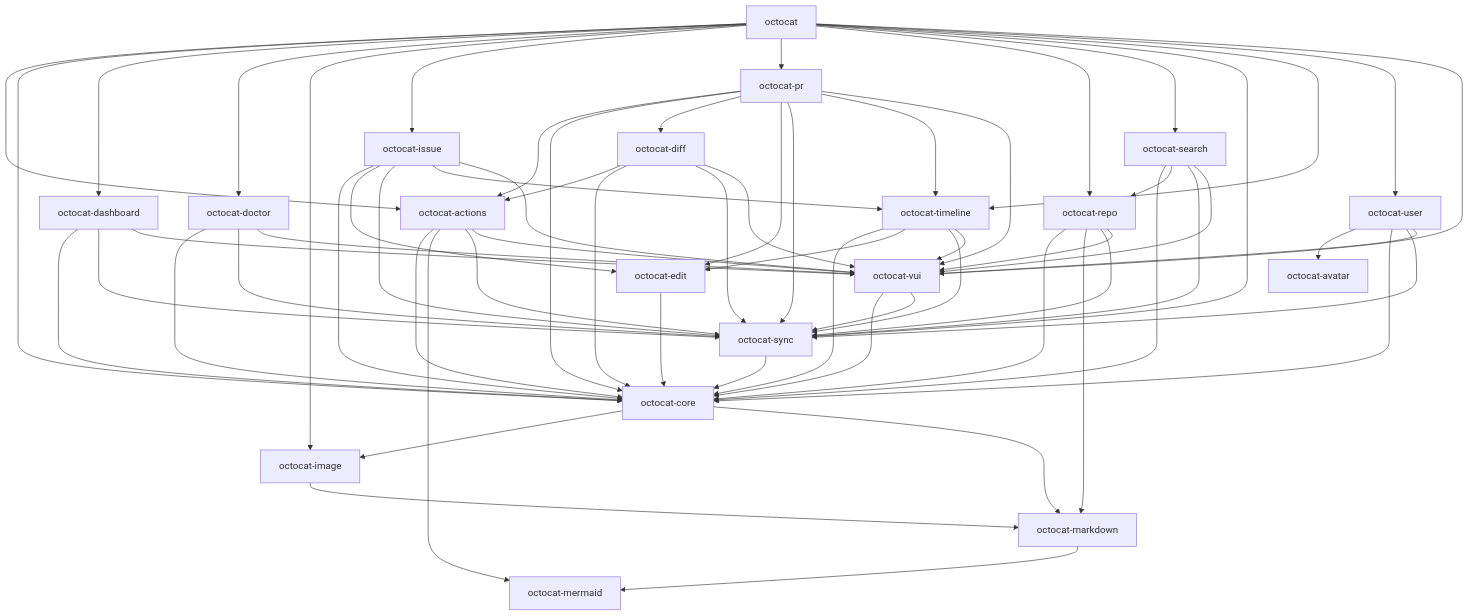
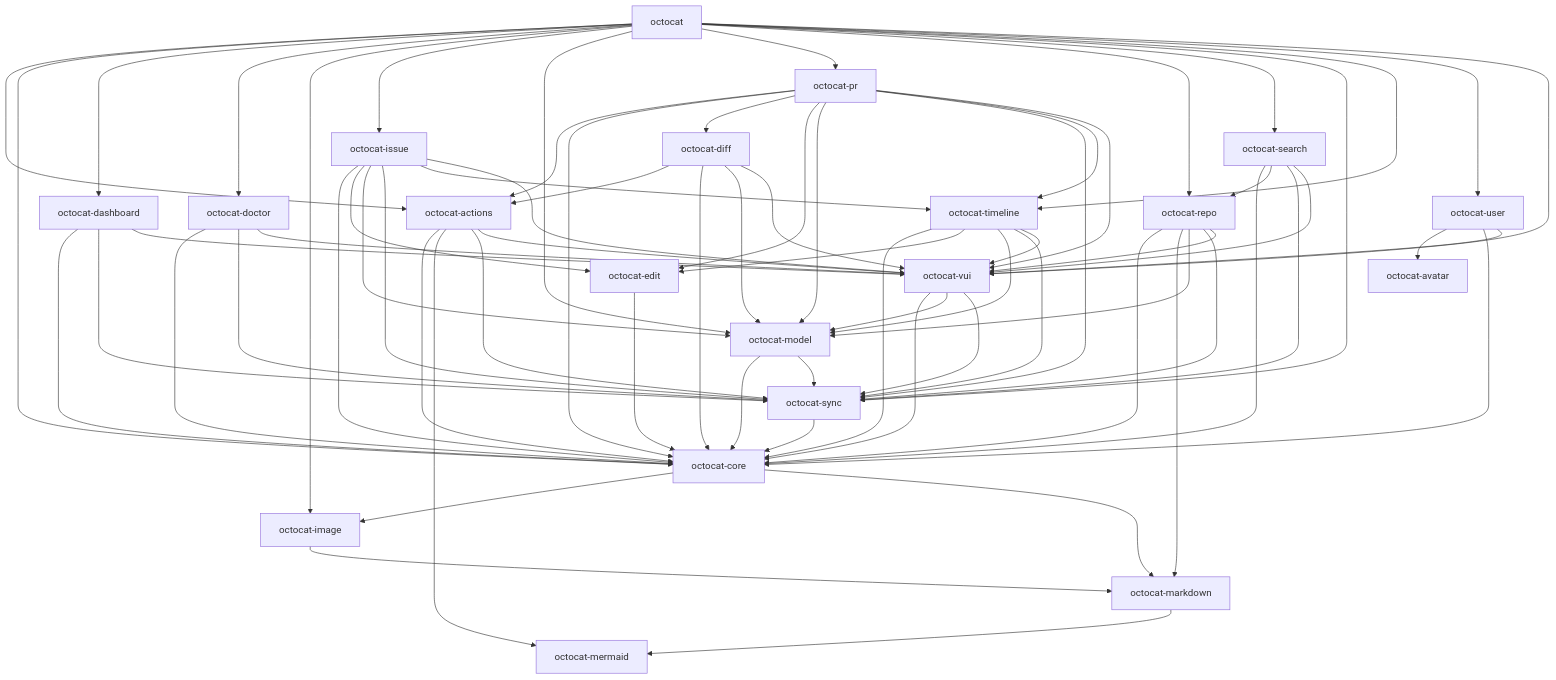
One commit to razzmatazz/octocat.el changed the first of 2 diagrams in docs/architecture.md. Above: the diagram before and after it, drawn with Mermaid. The commit also changed other lines of this file and 24 other files, not shown here.

First line of the commit message:
Move what is synced into octocat-model

```diff
--- a/docs/architecture.md
+++ b/docs/architecture.md
@@ -77,6 +83,7 @@
   octocat_issue[octocat-issue]
   octocat_markdown[octocat-markdown]
   octocat_mermaid[octocat-mermaid]
+  octocat_model[octocat-model]
   octocat_pr[octocat-pr]
   octocat_repo[octocat-repo]
   octocat_search[octocat-search]
@@ -96,7 +103,7 @@
   octocat_dashboard --> octocat_vui
   octocat_diff --> octocat_actions
   octocat_diff --> octocat_core
-  octocat_diff --> octocat_sync
+  octocat_diff --> octocat_model
   octocat_diff --> octocat_vui
   octocat_doctor --> octocat_core
   octocat_doctor --> octocat_sync
@@ -105,19 +112,24 @@
   octocat_image --> octocat_markdown
   octocat_issue --> octocat_core
   octocat_issue --> octocat_edit
+  octocat_issue --> octocat_model
   octocat_issue --> octocat_sync
   octocat_issue --> octocat_timeline
   octocat_issue --> octocat_vui
   octocat_markdown --> octocat_mermaid
+  octocat_model --> octocat_core
+  octocat_model --> octocat_sync
   octocat_pr --> octocat_actions
   octocat_pr --> octocat_core
   octocat_pr --> octocat_diff
   octocat_pr --> octocat_edit
+  octocat_pr --> octocat_model
   octocat_pr --> octocat_sync
   octocat_pr --> octocat_timeline
   octocat_pr --> octocat_vui
   octocat_repo --> octocat_core
   octocat_repo --> octocat_markdown
+  octocat_repo --> octocat_model
   octocat_repo --> octocat_sync
   octocat_repo --> octocat_vui
   octocat_search --> octocat_core
@@ -127,13 +139,14 @@
   octocat_sync --> octocat_core
   octocat_timeline --> octocat_core
   octocat_timeline --> octocat_edit
+  octocat_timeline --> octocat_model
   octocat_timeline --> octocat_sync
   octocat_timeline --> octocat_vui
   octocat_user --> octocat_avatar
   octocat_user --> octocat_core
-  octocat_user --> octocat_sync
   octocat_user --> octocat_vui
   octocat_vui --> octocat_core
+  octocat_vui --> octocat_model
   octocat_vui --> octocat_sync
   octocat --> octocat_actions
   octocat --> octocat_core
@@ -141,6 +154,7 @@
   octocat --> octocat_doctor
   octocat --> octocat_image
   octocat --> octocat_issue
+  octocat --> octocat_model
   octocat --> octocat_pr
   octocat --> octocat_repo
   octocat --> octocat_search
```
